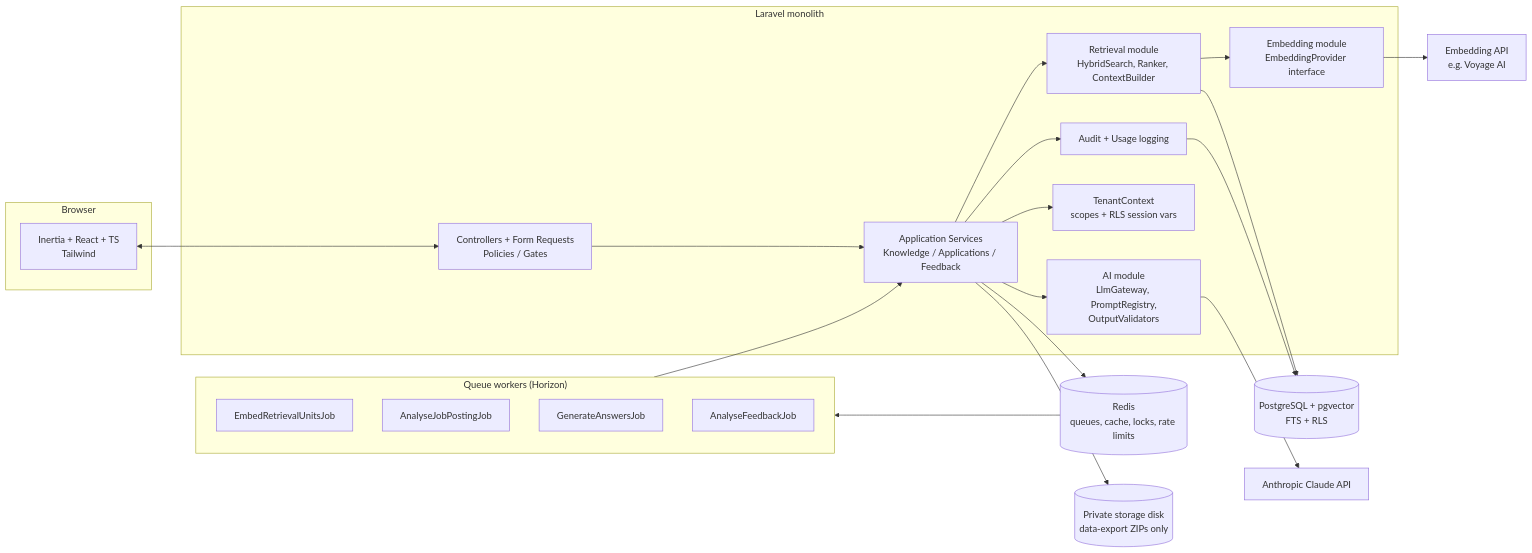
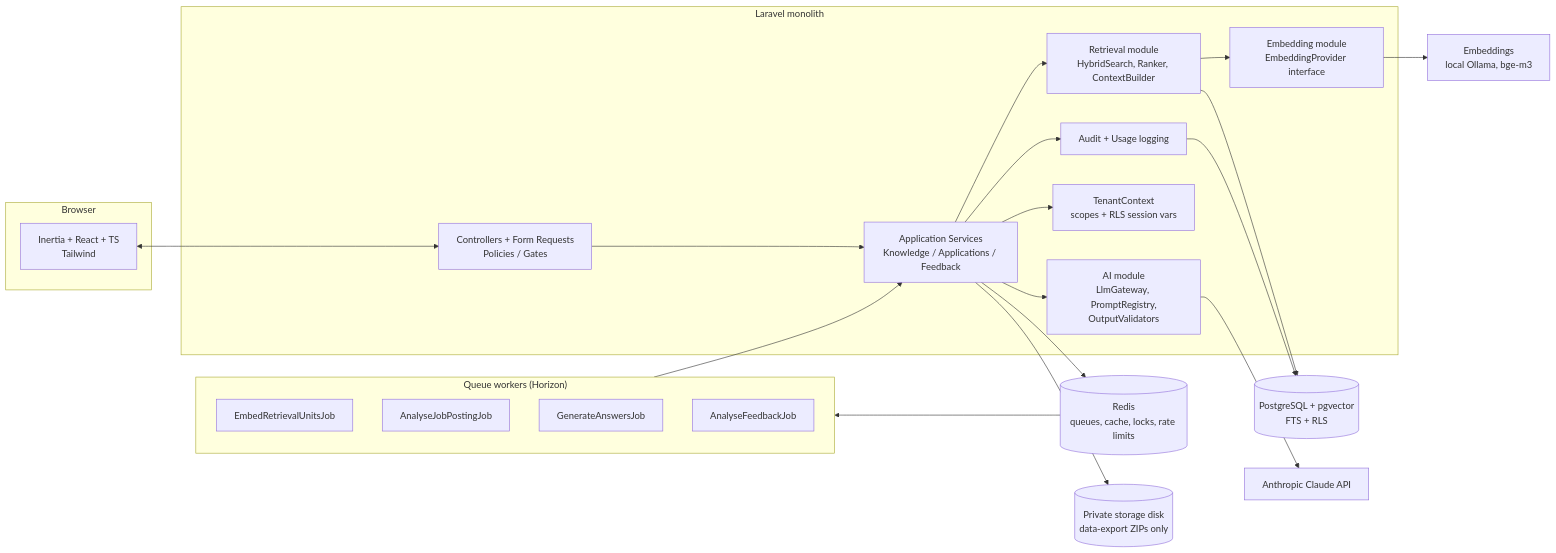
One commit to ianmarkdev/atlas changed the first of 3 diagrams in docs/02-architecture.md. Above: the diagram before and after it, drawn with Mermaid. The commit also changed other lines of this file and 47 other files, not shown here.

````diff
--- a/docs/02-architecture.md
+++ b/docs/02-architecture.md
@@ -5,40 +5,40 @@
 ```mermaid
 flowchart LR
   subgraph Browser
     UI[Inertia + React + TS<br/>Tailwind]
   end
 
   subgraph App["Laravel monolith"]
     HTTP[Controllers + Form Requests<br/>Policies / Gates]
     SVC[Application Services<br/>Knowledge / Applications / Feedback]
     RET[Retrieval module<br/>HybridSearch, Ranker, ContextBuilder]
     AI[AI module<br/>LlmGateway, PromptRegistry,<br/>OutputValidators]
     EMB[Embedding module<br/>EmbeddingProvider interface]
     TEN[TenantContext<br/>scopes + RLS session vars]
     AUD[Audit + Usage logging]
   end
 
   subgraph Workers["Queue workers (Horizon)"]
     J2[EmbedRetrievalUnitsJob]
     J3[AnalyseJobPostingJob]
     J4[GenerateAnswersJob]
     J5[AnalyseFeedbackJob]
   end
 
   PG[(PostgreSQL + pgvector<br/>FTS + RLS)]
   R[(Redis<br/>queues, cache, locks, rate limits)]
   S3[(Private storage disk<br/>data-export ZIPs only)]
   CL[Anthropic Claude API]
-  VE[Embedding API<br/>e.g. Voyage AI]
+  VE[Embeddings<br/>local Ollama, bge-m3]
 
   UI <--> HTTP --> SVC
   SVC --> RET --> PG
   SVC --> AI --> CL
   SVC --> TEN
   RET --> EMB --> VE
   SVC --> R
   R --> Workers
   Workers --> SVC
   SVC --> S3
   SVC --> AUD --> PG
 ```
````
